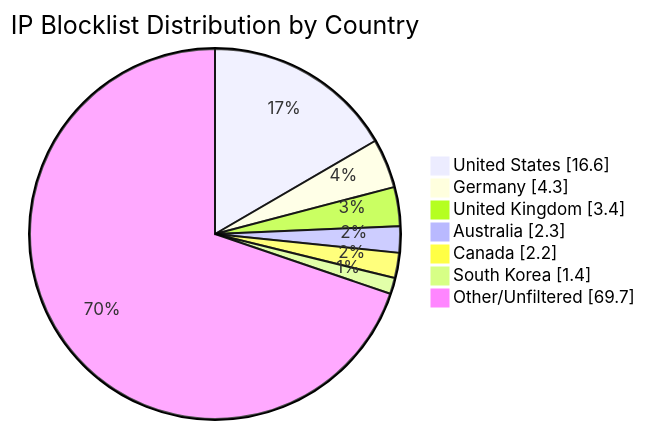
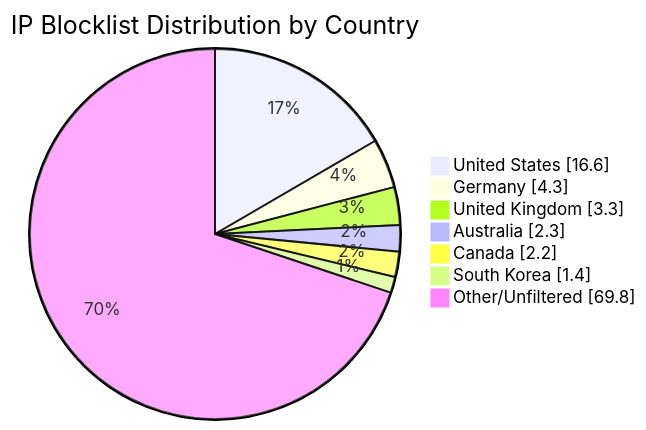
Before and after one commit to MarcusHoltz/ipblocklist-geofiltered-aggregator: the diagram in README.md, drawn with Mermaid. The commit also changed other lines of this file and 9 other files, not shown here.

````diff
--- a/README.md
+++ b/README.md
@@ -34,10 +34,10 @@
 ```mermaid
 pie showData title IP Blocklist Distribution by Country
 "United States" : 16.6
 "Germany" : 4.3
-"United Kingdom" : 3.4
+"United Kingdom" : 3.3
 "Australia" : 2.3
 "Canada" : 2.2
 "South Korea" : 1.4
-"Other/Unfiltered" : 69.7
+"Other/Unfiltered" : 69.8
 ```
````
